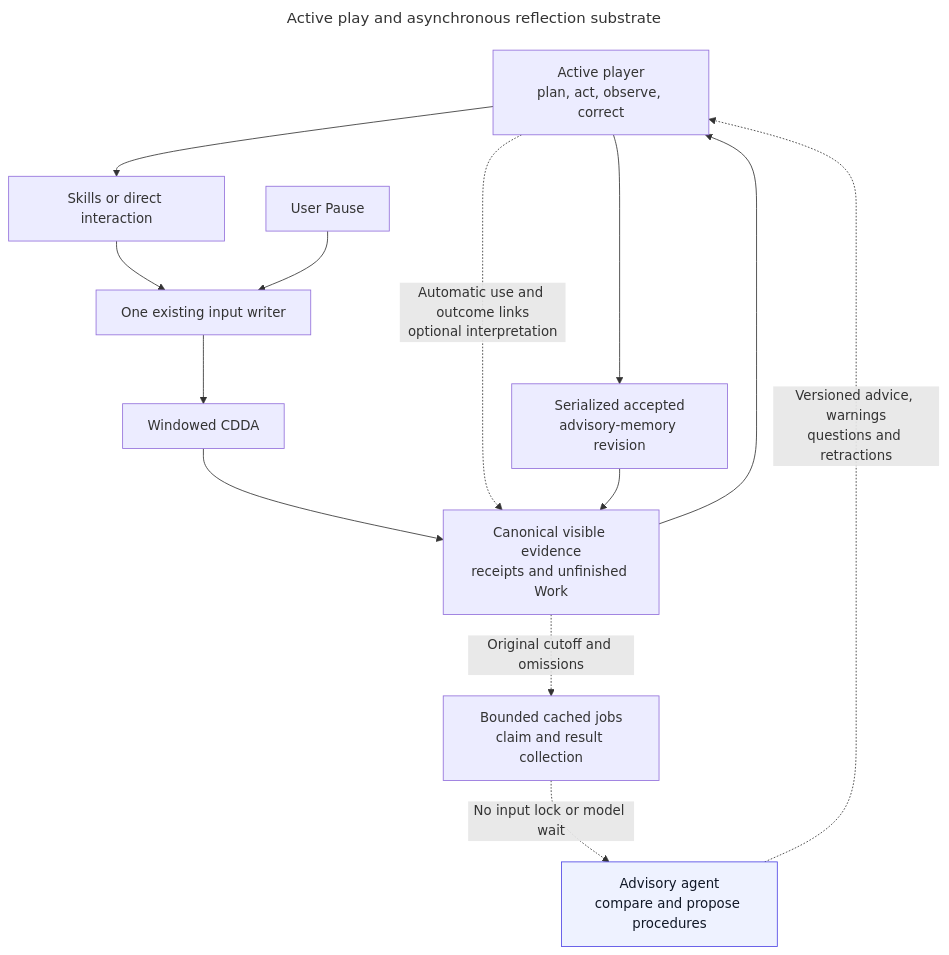
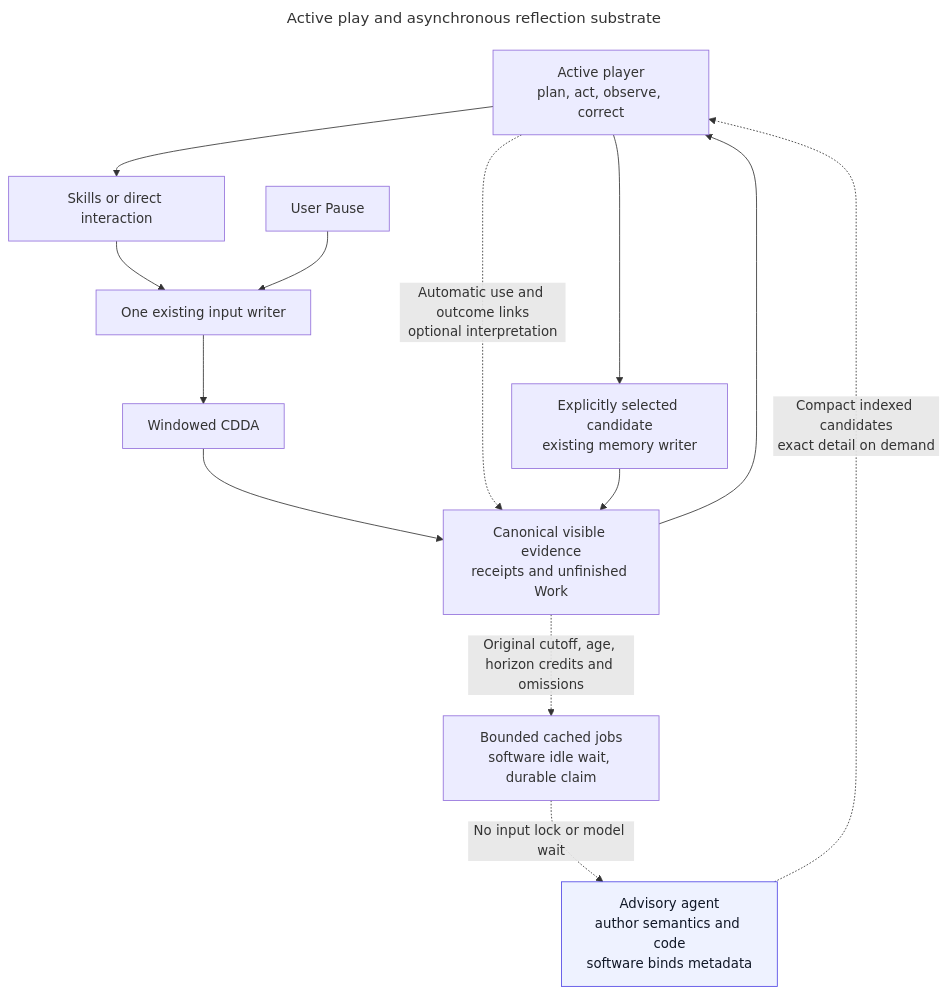
One commit to CVX-Hull/enactive changed the diagram in docs/diagrams/asynchronous-reflection.mmd. Above: the diagram before and after it, drawn with Mermaid. The commit also changed 27 other files, not shown here.

```diff
--- a/docs/diagrams/asynchronous-reflection.mmd
+++ b/docs/diagrams/asynchronous-reflection.mmd
@@ -1,20 +1,20 @@
 ---
 title: Active play and asynchronous reflection substrate
 ---
 flowchart TB
   accTitle: One active player acts while a background learner proposes evidence-linked procedures
   accDescr: One active player uses skills or ordinary input through the existing writer to windowed CDDA. Original receipts feed a bounded job mailbox. An advisory agent claims jobs and returns source linked proposals outside all input locks. Only the active player adopts procedure revisions through the existing memory writer. User Pause remains independent. Bounded actual overlap is demonstrated; general usefulness, apparent cadence and the integrated campaign remain separate acceptance questions.
   P["Active player<br/>plan, act, observe, correct"] --> I["Skills or direct interaction"]
   I --> W["One existing input writer"]
   W --> G["Windowed CDDA"]
   G --> E["Canonical visible evidence<br/>receipts and unfinished Work"]
   E --> P
-  E -. "Original cutoff and omissions" .-> Q["Bounded cached jobs<br/>claim and result collection"]
-  Q -. "No input lock or model wait" .-> R["Advisory agent<br/>compare and propose procedures"]
-  R -. "Versioned advice, warnings<br/>questions and retractions" .-> P
+  E -. "Original cutoff, age, horizon credits and omissions" .-> Q["Bounded cached jobs<br/>software idle wait, durable claim"]
+  Q -. "No input lock or model wait" .-> R["Advisory agent<br/>author semantics and code<br/>software binds metadata"]
+  R -. "Compact indexed candidates<br/>exact detail on demand" .-> P
   P -. "Automatic use and outcome links<br/>optional interpretation" .-> E
-  P --> M["Serialized accepted<br/>advisory-memory revision"]
+  P --> M["Explicitly selected candidate<br/>existing memory writer"]
   M --> E
   U["User Pause"] --> W
   classDef learner fill:#eef2ff,stroke:#4f46e5,color:#111827
   class R learner
```
